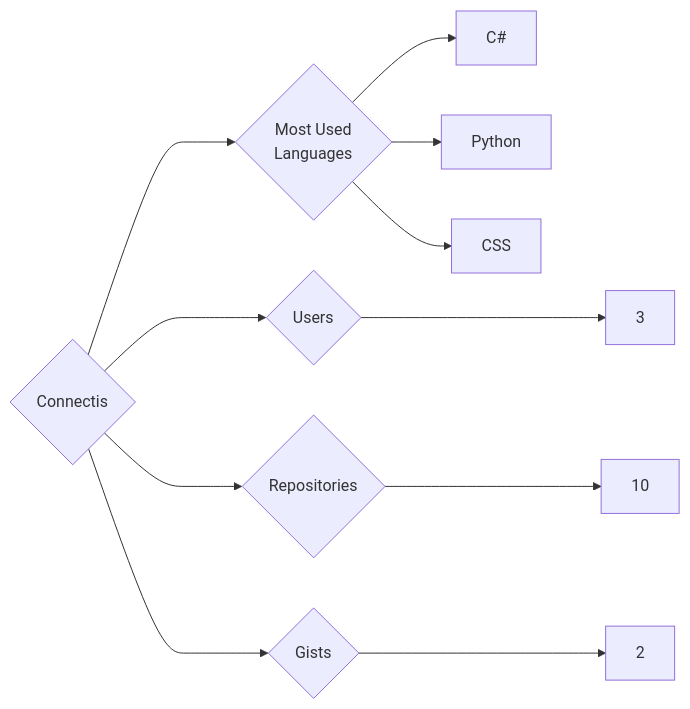
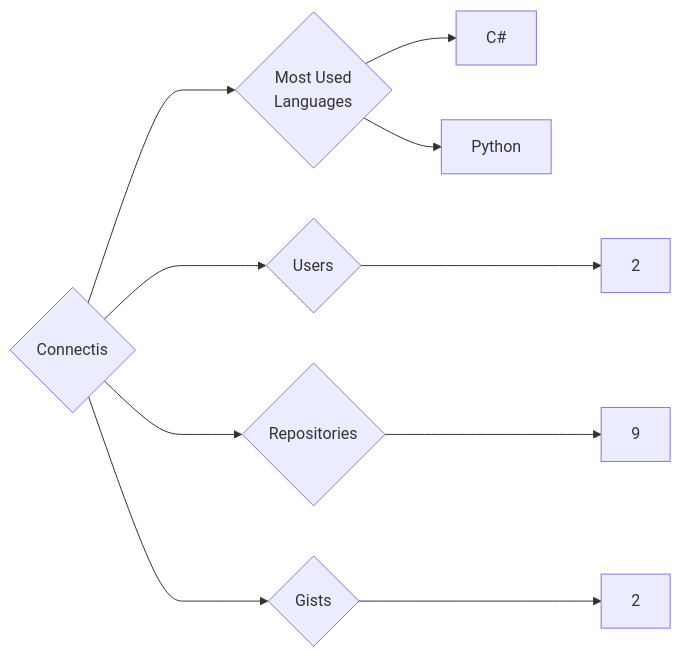
One commit to trickest/insiders changed the diagram in targets/Connectis/README.md. Above: the diagram before and after it, drawn with Mermaid. The commit also changed 776 other files, not shown here.

````diff
--- a/targets/Connectis/README.md
+++ b/targets/Connectis/README.md
@@ -3,11 +3,10 @@
 ```mermaid
 graph LR
 COMPANY_NAME{Connectis}
-COMPANY_NAME ---> U{Users} ---> UN[3]
-COMPANY_NAME ---> R{Repositories} ---> RN[10]
+COMPANY_NAME ---> U{Users} ---> UN[2]
+COMPANY_NAME ---> R{Repositories} ---> RN[9]
 COMPANY_NAME ---> G{Gists} ---> GN[2]
 COMPANY_NAME ---> ML{Most Used<br>Languages}
 ML --> C#[C#]
 ML --> Python[Python]
-ML --> CSS[CSS]
 ```
````
